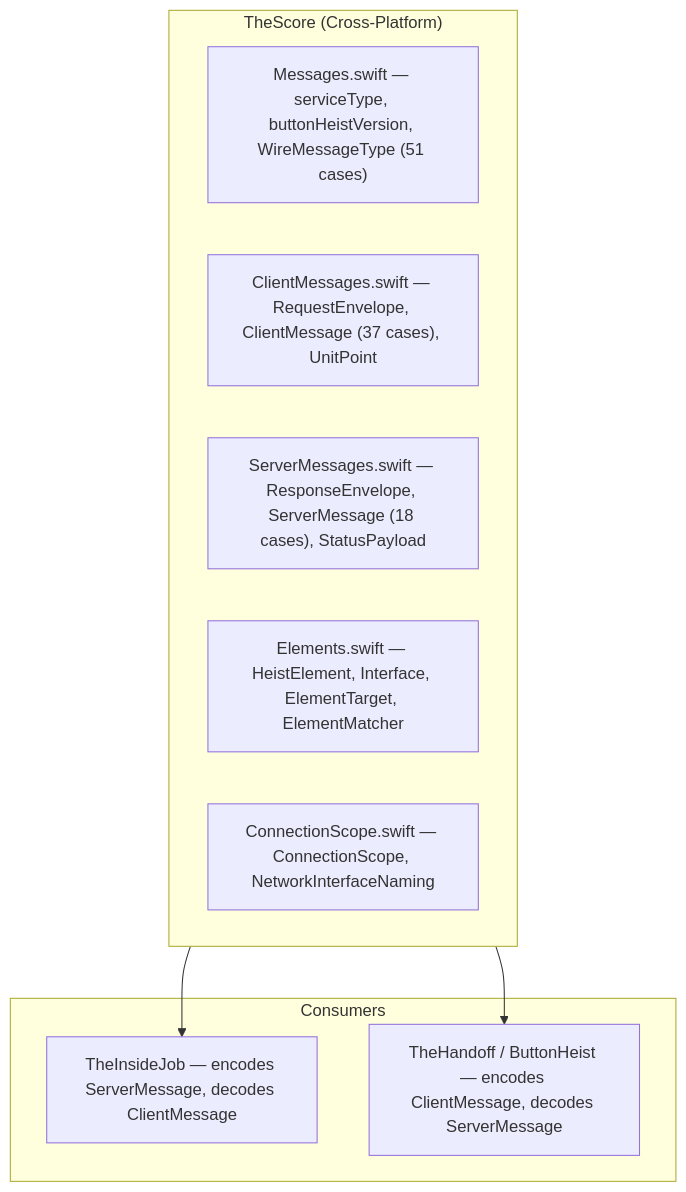
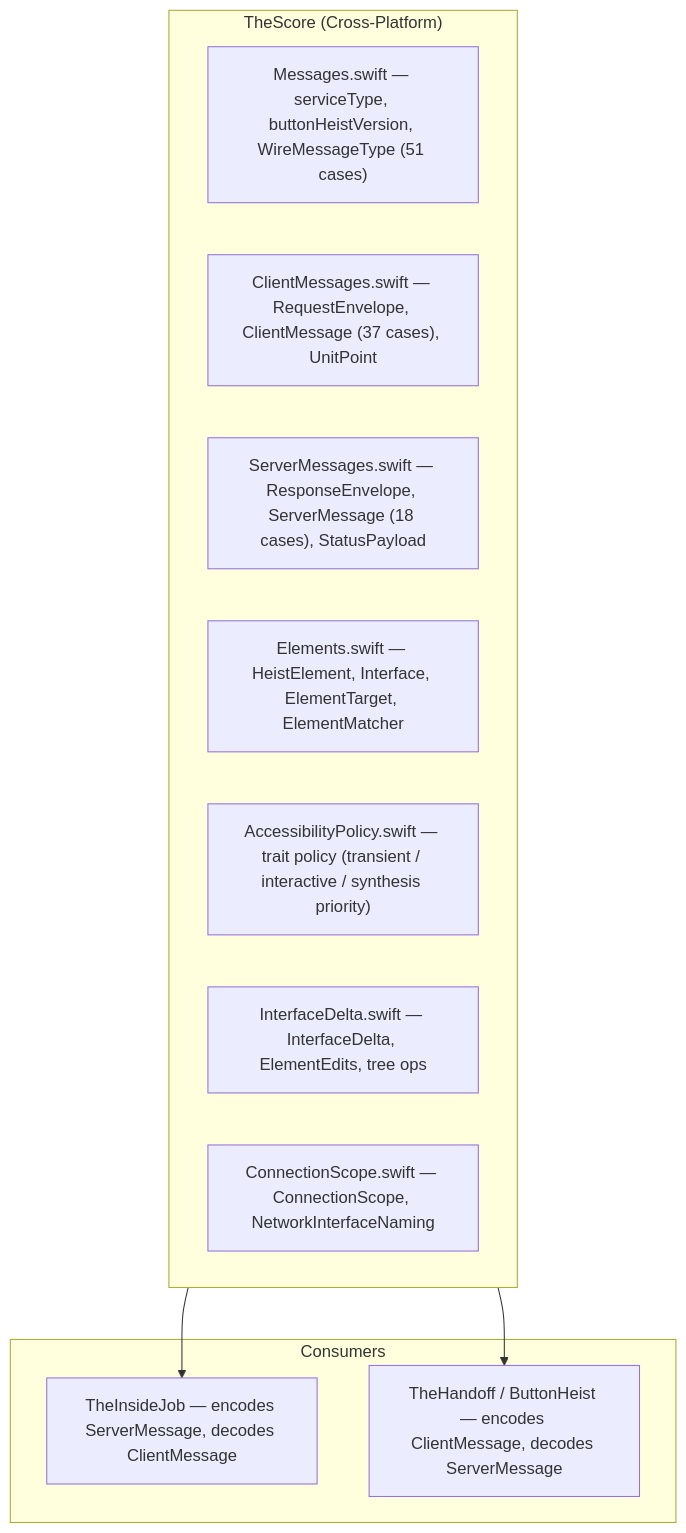
One commit to RoyalPineapple/TheButtonHeist changed the first of 7 diagrams in docs/dossiers/18-THESCORE.md. Above: the diagram before and after it, drawn with Mermaid. The commit also changed other lines of this file and 13 other files, not shown here.

````diff
--- a/docs/dossiers/18-THESCORE.md
+++ b/docs/dossiers/18-THESCORE.md
@@ -43,18 +58,20 @@
 ```mermaid
 graph TD
     subgraph TheScore["TheScore (Cross-Platform)"]
         Messages["Messages.swift — serviceType, buttonHeistVersion, WireMessageType (51 cases)"]
         Client["ClientMessages.swift — RequestEnvelope, ClientMessage (37 cases), UnitPoint"]
         Server["ServerMessages.swift — ResponseEnvelope, ServerMessage (18 cases), StatusPayload"]
         Elements["Elements.swift — HeistElement, Interface, ElementTarget, ElementMatcher"]
+        Policy["AccessibilityPolicy.swift — trait policy (transient / interactive / synthesis priority)"]
+        Delta["InterfaceDelta.swift — InterfaceDelta, ElementEdits, tree ops"]
         ConnScope["ConnectionScope.swift — ConnectionScope, NetworkInterfaceNaming"]
     end
 
     subgraph Consumers["Consumers"]
         TheInsideJob["TheInsideJob — encodes ServerMessage, decodes ClientMessage"]
         TH["TheHandoff / ButtonHeist — encodes ClientMessage, decodes ServerMessage"]
     end
 
     TheScore --> TheInsideJob
     TheScore --> TH
 ```
````
